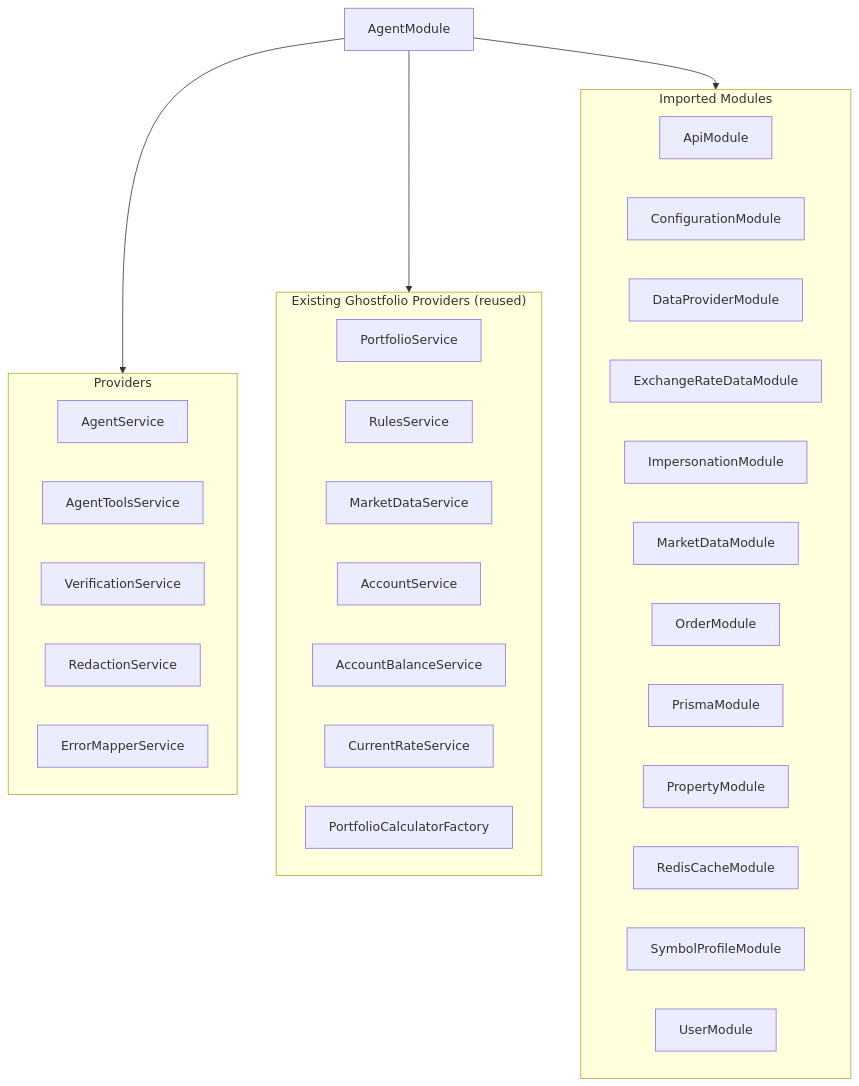
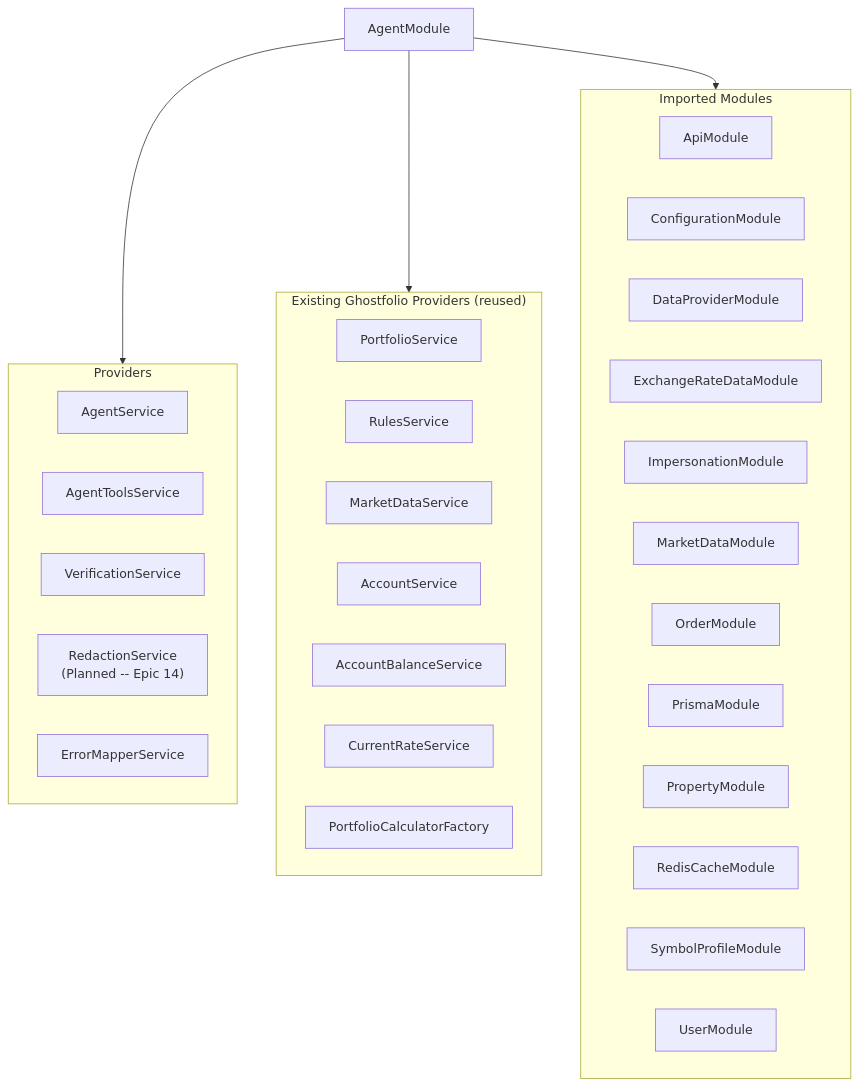
The fourth of 9 diagrams in docs/PRD.md (MichaelHabermas/ghostfolio), drawn with Mermaid before and after one commit. The commit also changed other lines of this file, not shown here.

First line of the commit message:
docs(prd): annotate RedactionService as planned, update Epic 13 checkboxes, add Decision 11 note

````diff
--- a/docs/PRD.md
+++ b/docs/PRD.md
@@ -323,41 +325,41 @@
 ```mermaid
 graph TD
     AgentModule["AgentModule"]
 
     subgraph providers ["Providers"]
         AgentService["AgentService"]
         AgentToolsService["AgentToolsService"]
         VerificationService["VerificationService"]
-        RedactionService["RedactionService"]
+        RedactionService["RedactionService<br/>(Planned -- Epic 14)"]
         ErrorMapperService["ErrorMapperService"]
     end
 
     subgraph existingProviders ["Existing Ghostfolio Providers (reused)"]
         PortfolioService["PortfolioService"]
         RulesService["RulesService"]
         MarketDataService["MarketDataService"]
         AccountService["AccountService"]
         AccountBalanceService["AccountBalanceService"]
         CurrentRateService["CurrentRateService"]
         PortfolioCalculatorFactory["PortfolioCalculatorFactory"]
     end
 
     subgraph imports ["Imported Modules"]
         ApiModule["ApiModule"]
         ConfigurationModule["ConfigurationModule"]
         DataProviderModule["DataProviderModule"]
         ExchangeRateDataModule["ExchangeRateDataModule"]
         ImpersonationModule["ImpersonationModule"]
         MarketDataModule["MarketDataModule"]
         OrderModule["OrderModule"]
         PrismaModule["PrismaModule"]
         PropertyModule["PropertyModule"]
         RedisCacheModule["RedisCacheModule"]
         SymbolProfileModule["SymbolProfileModule"]
         UserModule["UserModule"]
     end
 
     AgentModule --> providers
     AgentModule --> existingProviders
     AgentModule --> imports
 ```
````
